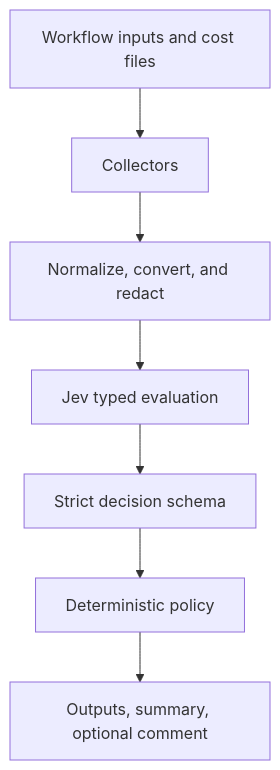
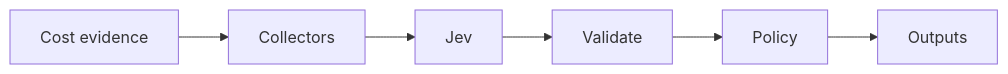
One commit to JevForge/jev-cloud-cost-guardian changed the diagram in README.md. Above: the diagram before and after it, drawn with Mermaid. The commit also changed other lines of this file and 15 other files, not shown here.

````diff
--- a/README.md
+++ b/README.md
@@ -9,9 +48,8 @@
 ```mermaid
-flowchart TD
-  event[Workflow inputs and cost files] --> collect[Collectors]
-  collect --> normalize[Normalize, convert, and redact]
-  normalize --> jev[Jev typed evaluation]
-  jev --> schema[Strict decision schema]
-  schema --> policy[Deterministic policy]
-  policy --> effects[Outputs, summary, optional comment]
+flowchart LR
+  A[Cost evidence] --> B[Collectors]
+  B --> C[Jev]
+  C --> D[Validate]
+  D --> E[Policy]
+  E --> F[Outputs]
 ```
````
